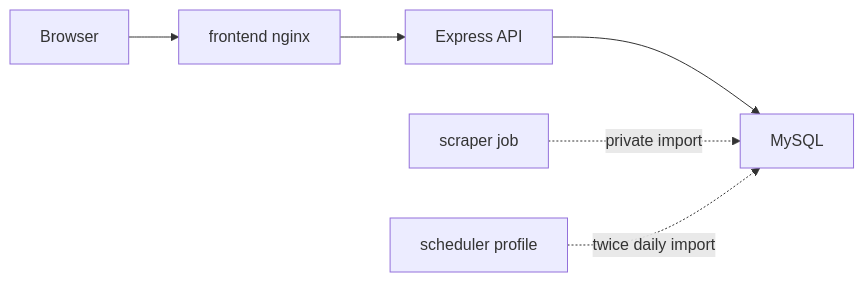
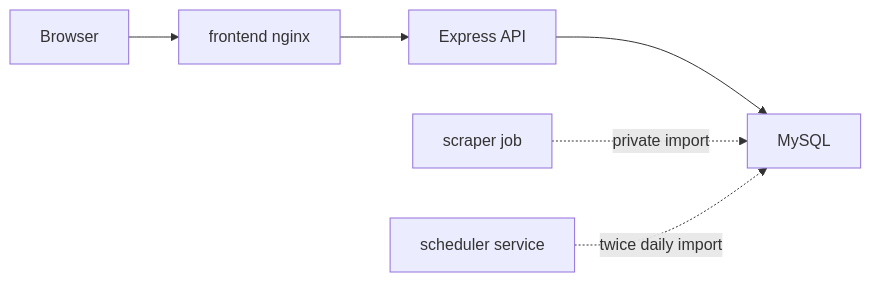
Before and after one commit to ChaddBrenner/ElonMealsDB: the diagram in docs/portfolio-case-study.md, drawn with Mermaid. The commit also changed other lines of this file and 12 other files, not shown here.

````diff
--- a/docs/portfolio-case-study.md
+++ b/docs/portfolio-case-study.md
@@ -27,8 +27,8 @@
 ```mermaid
 flowchart LR
   Browser["Browser"] --> Frontend["frontend nginx"]
   Frontend --> Backend["Express API"]
   Backend --> MySQL["MySQL"]
   Scraper["scraper job"] -. "private import" .-> MySQL
-  Scheduler["scheduler profile"] -. "twice daily import" .-> MySQL
+  Scheduler["scheduler service"] -. "twice daily import" .-> MySQL
 ```
````
